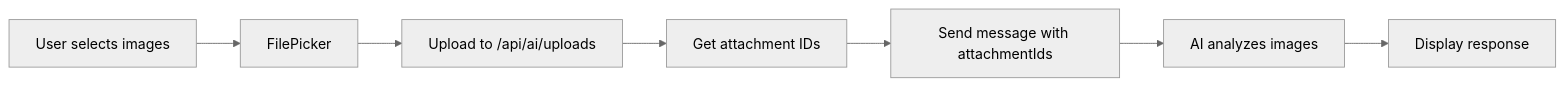
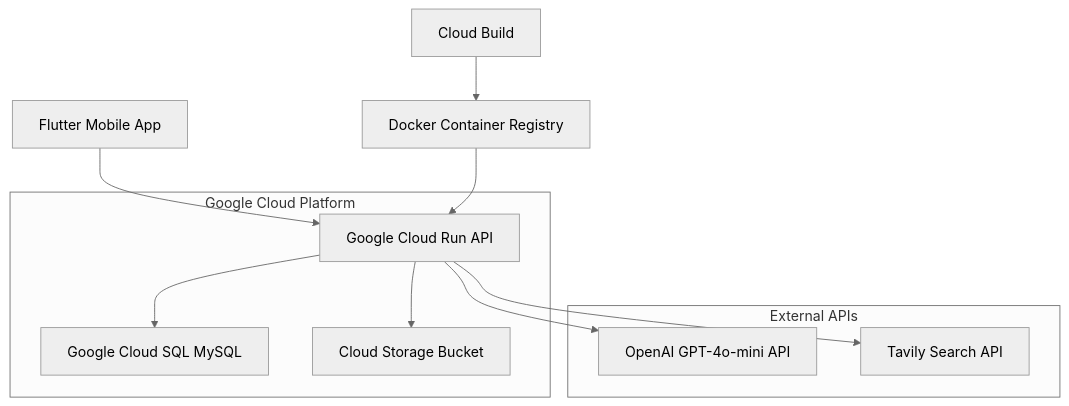
One commit to Znobz/study_buddy changed the diagram in README.md. Above: the diagram before and after it, drawn with Mermaid (neutral theme). The commit also changed other lines of this file, not shown here.

````diff
--- a/README.md
+++ b/README.md
@@ -394,9 +153,22 @@
 ```mermaid
-graph LR
-    A[User selects images] --> B[FilePicker]
-    B --> C[Upload to /api/ai/uploads]
-    C --> D[Get attachment IDs]
-    D --> E[Send message with attachmentIds]
-    E --> F[AI analyzes images]
-    F --> G[Display response]
+graph TB
+    A[Flutter Mobile App] --> B[Google Cloud Run API]
+    B --> C[Google Cloud SQL MySQL]
+    B --> D[OpenAI GPT-4o-mini API]
+    B --> E[Tavily Search API]
+    B --> F[Cloud Storage Bucket]
+    
+    subgraph "Google Cloud Platform"
+        B
+        C
+        F
+    end
+    
+    subgraph "External APIs"
+        D
+        E
+    end
+    
+    G[Docker Container Registry] --> B
+    H[Cloud Build] --> G
 ```
````
